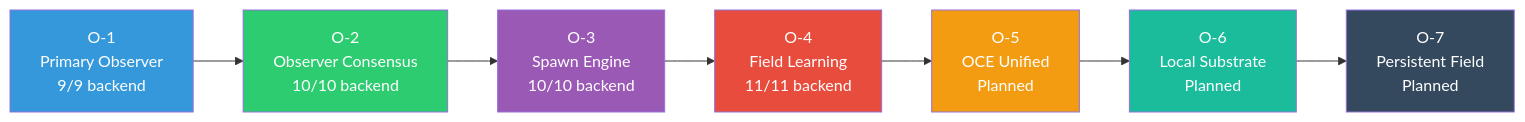
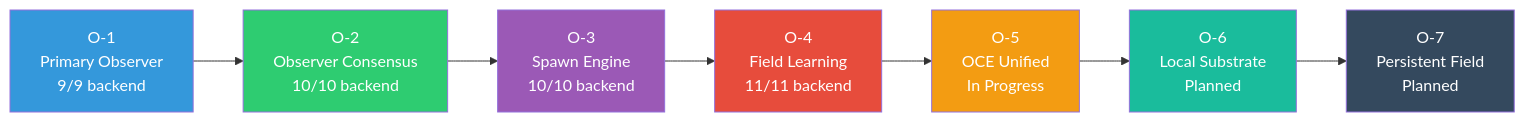
Before and after one commit to dabiggestpoppa/larger-lab: the diagram in ARCHITECTURE.md, drawn with Mermaid. The commit also changed other lines of this file and 91 other files, not shown here.

````diff
--- a/ARCHITECTURE.md
+++ b/ARCHITECTURE.md
@@ -372,17 +372,17 @@
 ```mermaid
 graph LR
     O1[O-1<br/>Primary Observer<br/>9/9 backend] --> O2[O-2<br/>Observer Consensus<br/>10/10 backend]
     O2 --> O3[O-3<br/>Spawn Engine<br/>10/10 backend]
     O3 --> O4[O-4<br/>Field Learning<br/>11/11 backend]
-    O4 --> O5[O-5<br/>OCE Unified<br/>Planned]
+    O4 --> O5[O-5<br/>OCE Unified<br/>In Progress]
     O5 --> O6[O-6<br/>Local Substrate<br/>Planned]
     O6 --> O7[O-7<br/>Persistent Field<br/>Planned]
 
     style O1 fill:#3498db,color:#fff
     style O2 fill:#2ecc71,color:#fff
     style O3 fill:#9b59b6,color:#fff
     style O4 fill:#e74c3c,color:#fff
     style O5 fill:#f39c12,color:#fff
     style O6 fill:#1abc9c,color:#fff
     style O7 fill:#34495e,color:#fff
 ```
````
